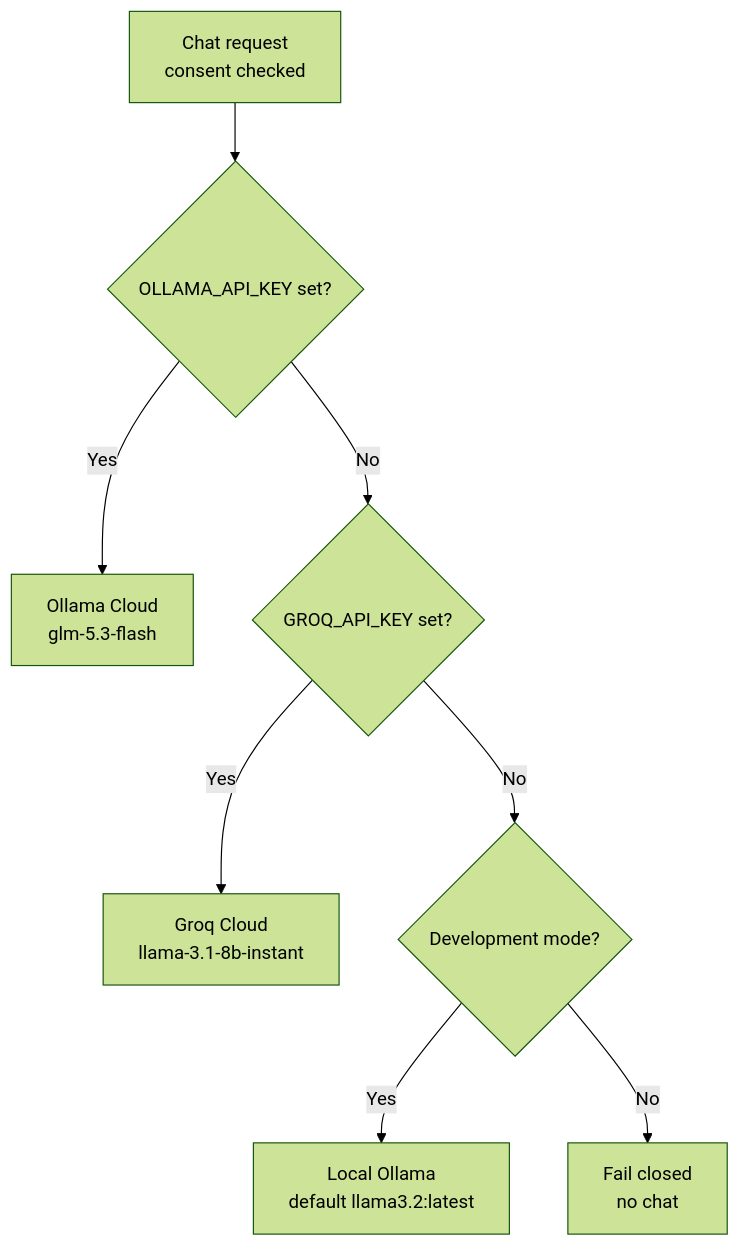
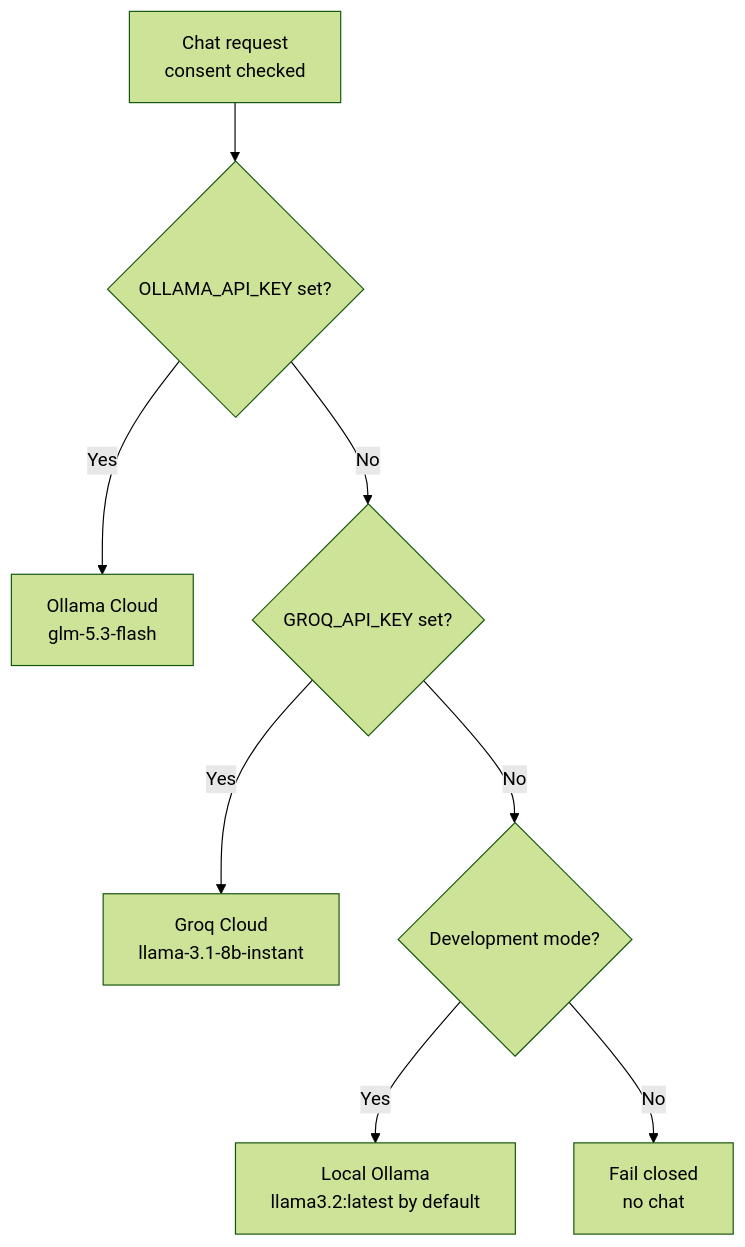
Before and after one commit to Poohkao2026-beep/Daybreak-study-planner: the second of 2 diagrams in README.md, drawn with Mermaid (forest theme). The commit also changed other lines of this file, not shown here.

````diff
--- a/README.md
+++ b/README.md
@@ -136,10 +144,10 @@
 ```mermaid
 flowchart TD
     A["Chat request<br/>consent checked"] --> B{"OLLAMA_API_KEY set?"}
     B -- Yes --> O["Ollama Cloud<br/>glm-5.3-flash"]
     B -- No --> C{"GROQ_API_KEY set?"}
     C -- Yes --> G["Groq Cloud<br/>llama-3.1-8b-instant"]
     C -- No --> D{"Development mode?"}
-    D -- Yes --> L["Local Ollama<br/>default llama3.2:latest"]
+    D -- Yes --> L["Local Ollama<br/>llama3.2:latest by default"]
     D -- No --> X["Fail closed<br/>no chat"]
 ```
````
